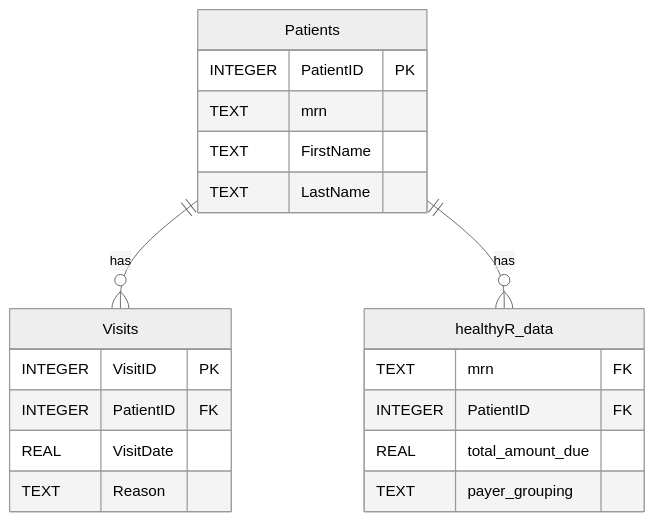
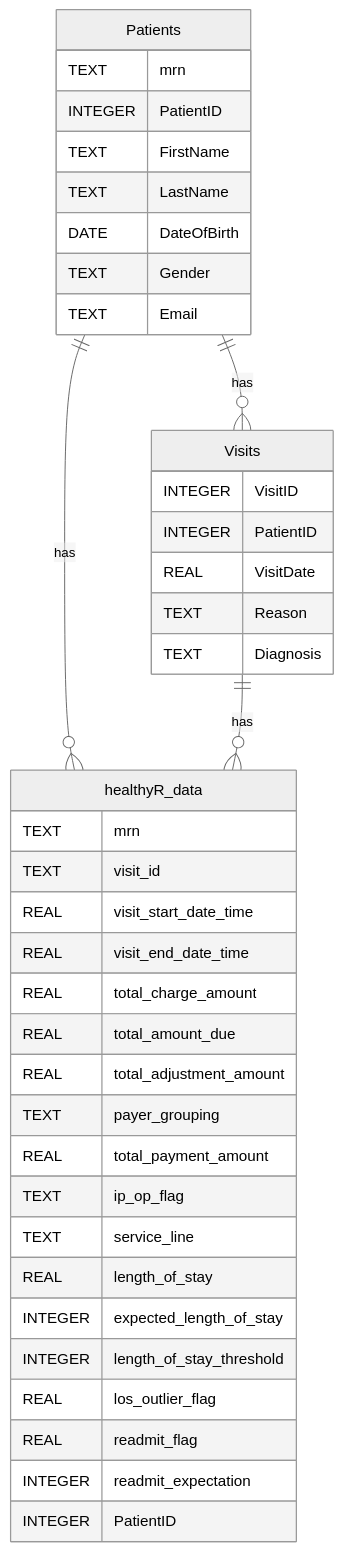
Before and after one commit to spsanderson/SQL_RAG: the diagram in USER_GUIDE.md, drawn with Mermaid (neutral theme).

Commit message:
Revise database schema in USER_GUIDE.md
Updated the database schema in the user guide to include additional fields and relationships.

````diff
--- a/USER_GUIDE.md
+++ b/USER_GUIDE.md
@@ -39,24 +39,44 @@
 ```mermaid
 erDiagram
+    Patients {
+        TEXT mrn
+        INTEGER PatientID
+        TEXT FirstName
+        TEXT LastName
+        DATE DateOfBirth
+        TEXT Gender
+        TEXT Email
+    }
+    Visits {
+        INTEGER VisitID
+        INTEGER PatientID
+        REAL VisitDate
+        TEXT Reason
+        TEXT Diagnosis
+    }
+    healthyR_data {
+        TEXT mrn
+        TEXT visit_id
+        REAL visit_start_date_time
+        REAL visit_end_date_time
+        REAL total_charge_amount
+        REAL total_amount_due
+        REAL total_adjustment_amount
+        TEXT payer_grouping
+        REAL total_payment_amount
+        TEXT ip_op_flag
+        TEXT service_line
+        REAL length_of_stay
+        INTEGER expected_length_of_stay
+        INTEGER length_of_stay_threshold
+        REAL los_outlier_flag
+        REAL readmit_flag
+        INTEGER readmit_expectation
+        INTEGER PatientID
+    }
+
     Patients ||--o{ Visits : "has"
     Patients ||--o{ healthyR_data : "has"
-    
-    Patients {
-        INTEGER PatientID PK
-        TEXT mrn
-        TEXT FirstName
-        TEXT LastName
-    }
-    Visits {
-        INTEGER VisitID PK
-        INTEGER PatientID FK
-        REAL VisitDate
-        TEXT Reason
-    }
-    healthyR_data {
-        TEXT mrn FK
-        INTEGER PatientID FK
-        REAL total_amount_due
-        TEXT payer_grouping
-    }
+    Visits ||--o{ healthyR_data : "has"
+
 ```
````
